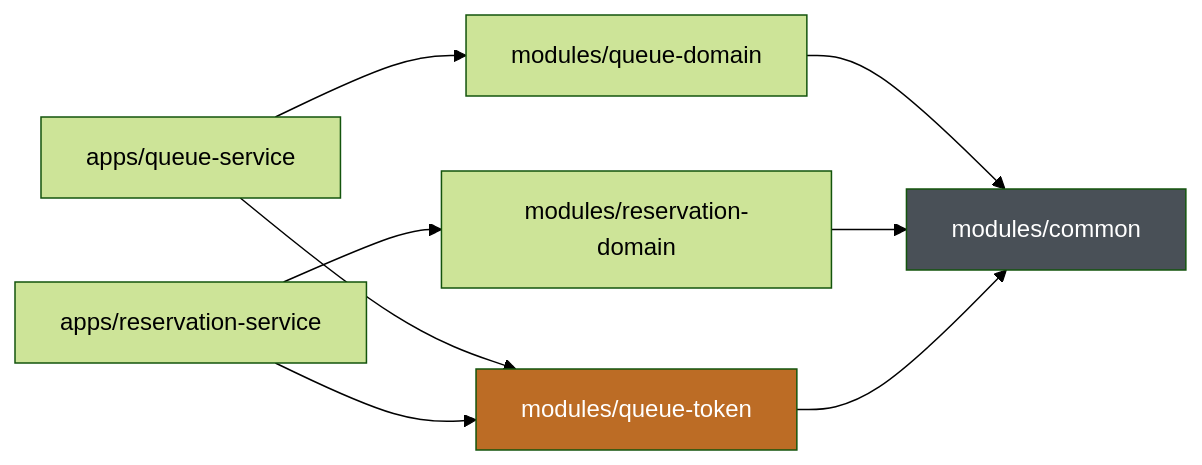
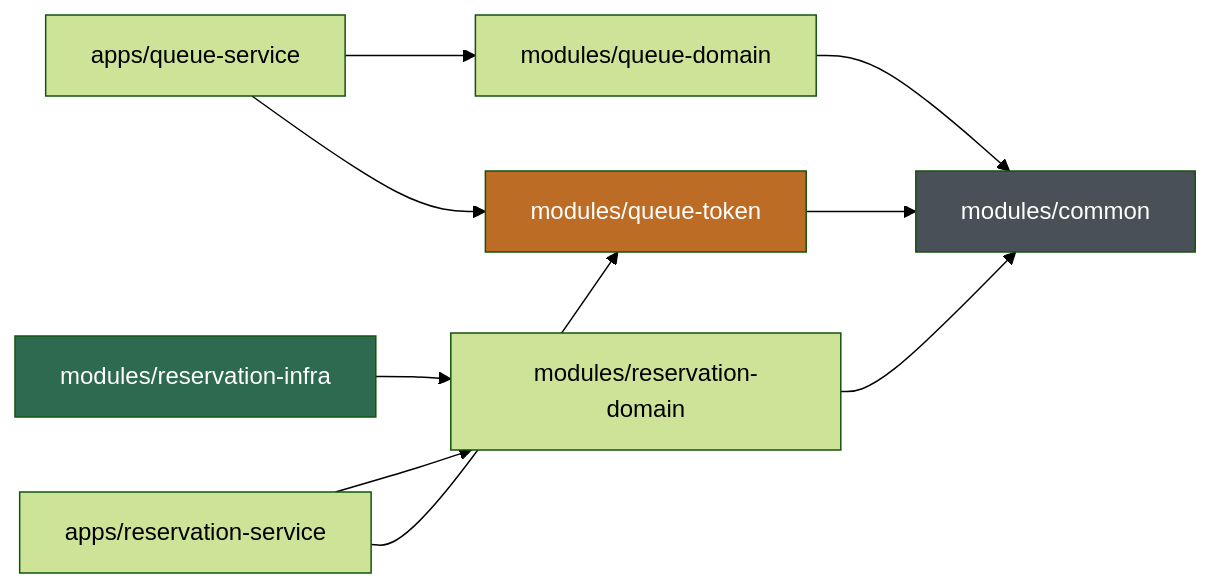
One commit to whdkfhr/rail-gate changed the second of 3 diagrams in docs/ARCHITECTURE.md. Above: the diagram before and after it, drawn with Mermaid (forest theme). The commit also changed other lines of this file and 12 other files, not shown here.

````diff
--- a/docs/ARCHITECTURE.md
+++ b/docs/ARCHITECTURE.md
@@ -132,13 +143,15 @@
 ```mermaid
 graph LR
     QS["apps/queue-service"] --> QD["modules/queue-domain"]
     QS --> QT["modules/queue-token"]
     RS["apps/reservation-service"] --> RD["modules/reservation-domain"]
     RS --> QT
+    RI["modules/reservation-infra"] --> RD
     QD --> C["modules/common"]
     RD --> C
     QT --> C
 
     style QT fill:#bc6c25,color:#fff
     style C fill:#495057,color:#fff
+    style RI fill:#2d6a4f,color:#fff
 ```
````
